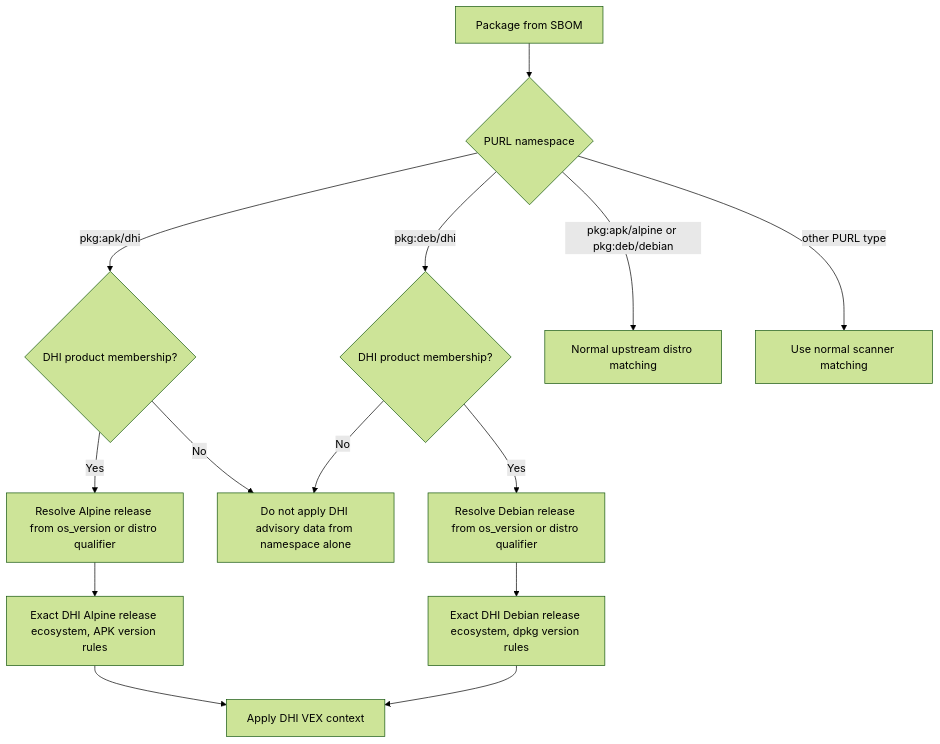
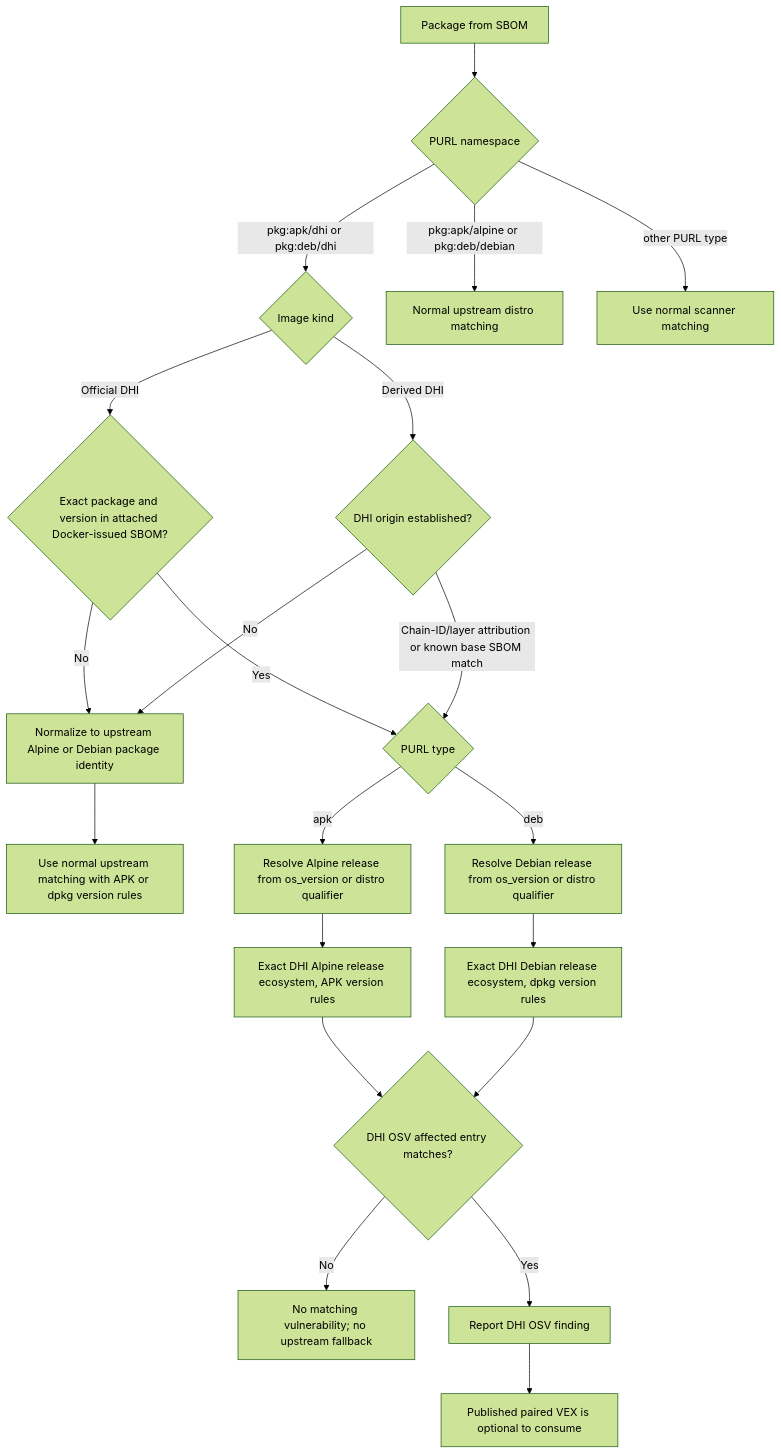
The second of 4 diagrams in integration/upcoming-id-dhi/docs/decision-trees.md (docker-hardened-images/advisories), drawn with Mermaid (forest theme) before and after one commit. The commit also changed other lines of this file and 20 other files, not shown here.

````diff
--- a/integration/upcoming-id-dhi/docs/decision-trees.md
+++ b/integration/upcoming-id-dhi/docs/decision-trees.md
@@ -18,16 +18,23 @@
 ```mermaid
 flowchart TD
   A[Package from SBOM] --> B{PURL namespace}
-  B -->|pkg:apk/dhi| C{DHI product membership?}
-  B -->|pkg:deb/dhi| D{DHI product membership?}
+  B -->|pkg:apk/dhi or pkg:deb/dhi| C{Image kind}
   B -->|pkg:apk/alpine or pkg:deb/debian| E[Normal upstream distro matching]
   B -->|other PURL type| F[Use normal scanner matching]
-  C -->|Yes| K[Resolve Alpine release from os_version or distro qualifier]
-  C -->|No| J[Do not apply DHI advisory data from namespace alone]
-  D -->|Yes| L[Resolve Debian release from os_version or distro qualifier]
-  D -->|No| J
+  C -->|Official DHI| M{Exact package and version in attached Docker-issued SBOM?}
+  C -->|Derived DHI| N{DHI origin established?}
+  M -->|No| J[Normalize to upstream Alpine or Debian package identity]
+  M -->|Yes| D{PURL type}
+  N -->|No| J
+  N -->|Chain-ID/layer attribution or known base SBOM match| D
+  J --> R[Use normal upstream matching with APK or dpkg version rules]
+  D -->|apk| K[Resolve Alpine release from os_version or distro qualifier]
+  D -->|deb| L[Resolve Debian release from os_version or distro qualifier]
   K --> G[Exact DHI Alpine release ecosystem, APK version rules]
   L --> H[Exact DHI Debian release ecosystem, dpkg version rules]
-  G --> I[Apply DHI VEX context]
-  H --> I
+  G --> O{DHI OSV affected entry matches?}
+  H --> O
+  O -->|No| P[No matching vulnerability; no upstream fallback]
+  O -->|Yes| I[Report DHI OSV finding]
+  I --> Q[Published paired VEX is optional to consume]
 ```
````
